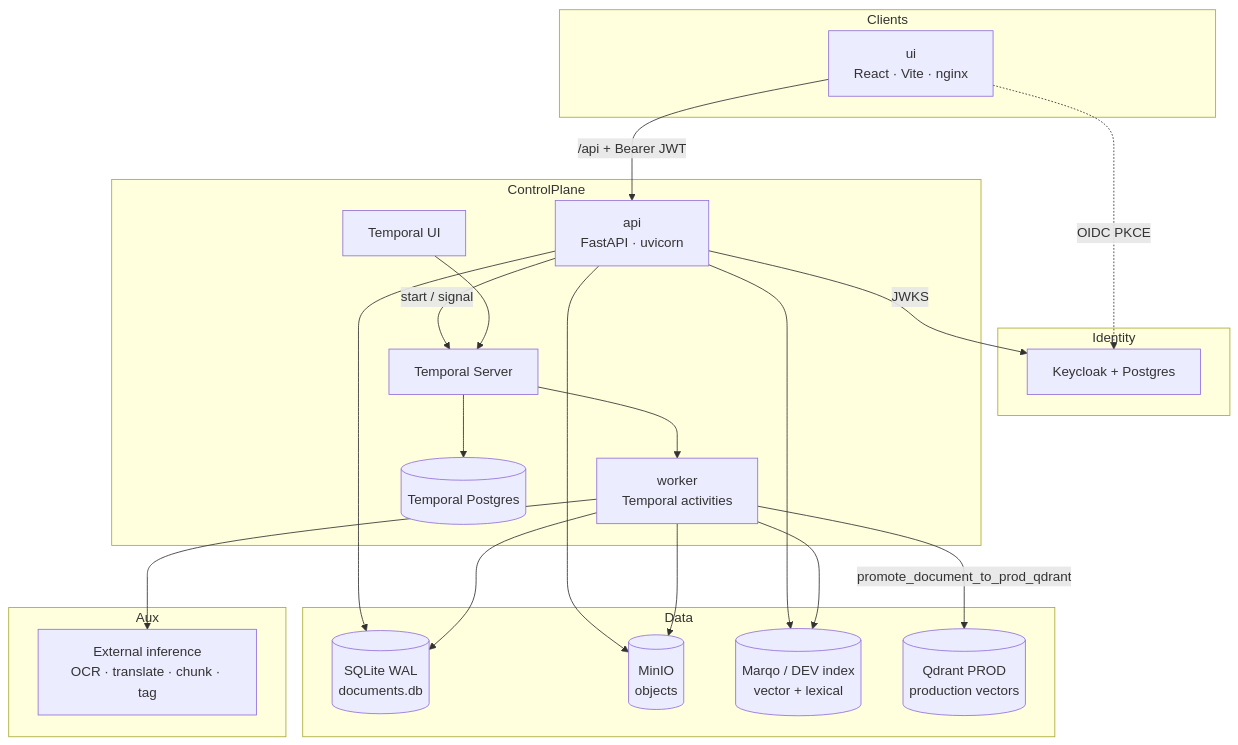
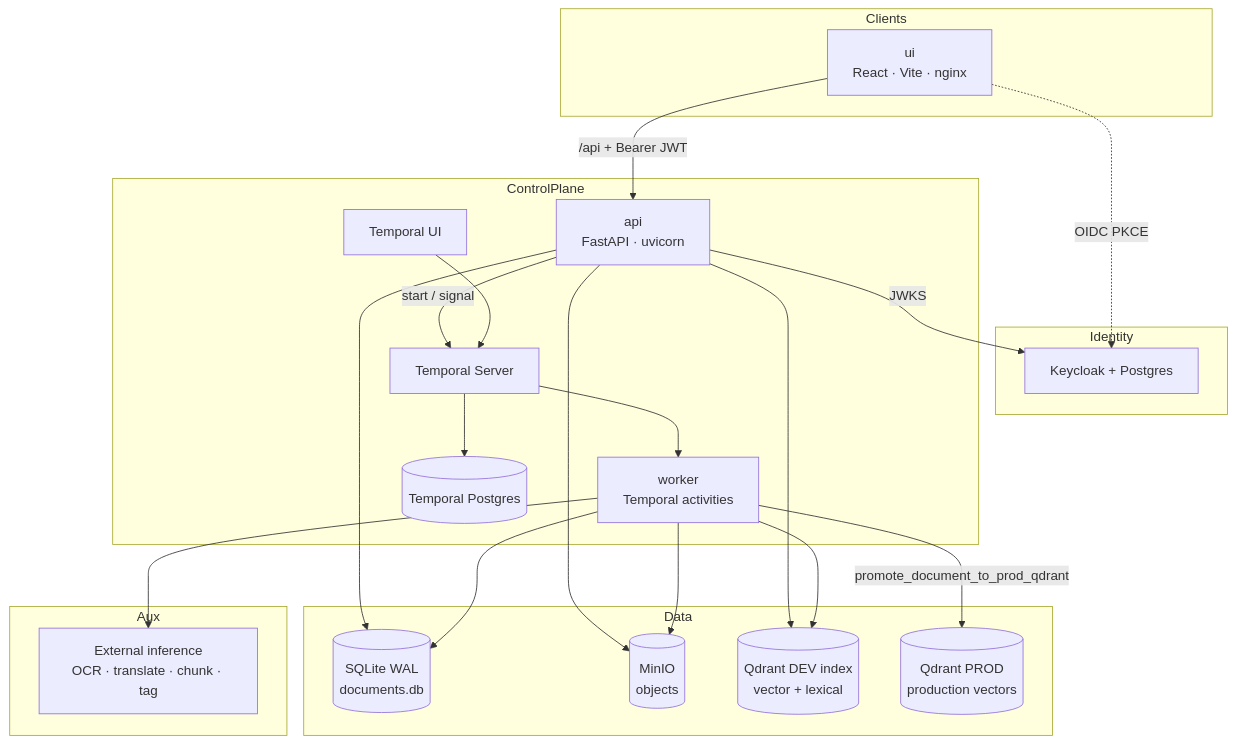
One commit to OpenAgriNet/knowledge-provider changed the second of 5 diagrams in docs/SYSTEM_DESIGN.md. Above: the diagram before and after it, drawn with Mermaid. The commit also changed other lines of this file and 7 other files, not shown here.

First line of the commit message:
docs: remove Marqo mentions from prose/diagrams, add removal ADR [#75]

````diff
--- a/docs/SYSTEM_DESIGN.md
+++ b/docs/SYSTEM_DESIGN.md
@@ -82,45 +82,45 @@
 ```mermaid
 flowchart TB
   subgraph Clients
     UI["ui<br/>React · Vite · nginx"]
   end
 
   subgraph Identity
     KC["Keycloak + Postgres"]
   end
 
   subgraph ControlPlane
     API["api<br/>FastAPI · uvicorn"]
     WORKER["worker<br/>Temporal activities"]
     TEMP["Temporal Server"]
     TEMPDB[("Temporal Postgres")]
     TEMPUI["Temporal UI"]
   end
 
   subgraph Data
     SQLITE[("SQLite WAL<br/>documents.db")]
     MINIO[("MinIO<br/>objects")]
-    MARQO[("Marqo / DEV index<br/>vector + lexical")]
+    QDEV[("Qdrant DEV index<br/>vector + lexical")]
     QPROD[("Qdrant PROD<br/>production vectors")]
   end
 
   subgraph Aux
     INF["External inference<br/>OCR · translate · chunk · tag"]
   end
 
   UI -->|"/api + Bearer JWT"| API
   UI -.->|OIDC PKCE| KC
   API -->|JWKS| KC
   API --> SQLITE
   API --> MINIO
-  API --> MARQO
+  API --> QDEV
   API -->|start / signal| TEMP
   TEMP --> TEMPDB
   TEMP --> WORKER
   WORKER --> SQLITE
   WORKER --> MINIO
-  WORKER --> MARQO
+  WORKER --> QDEV
   WORKER -->|promote_document_to_prod_qdrant| QPROD
   WORKER --> INF
   TEMPUI --> TEMP
 ```
````
